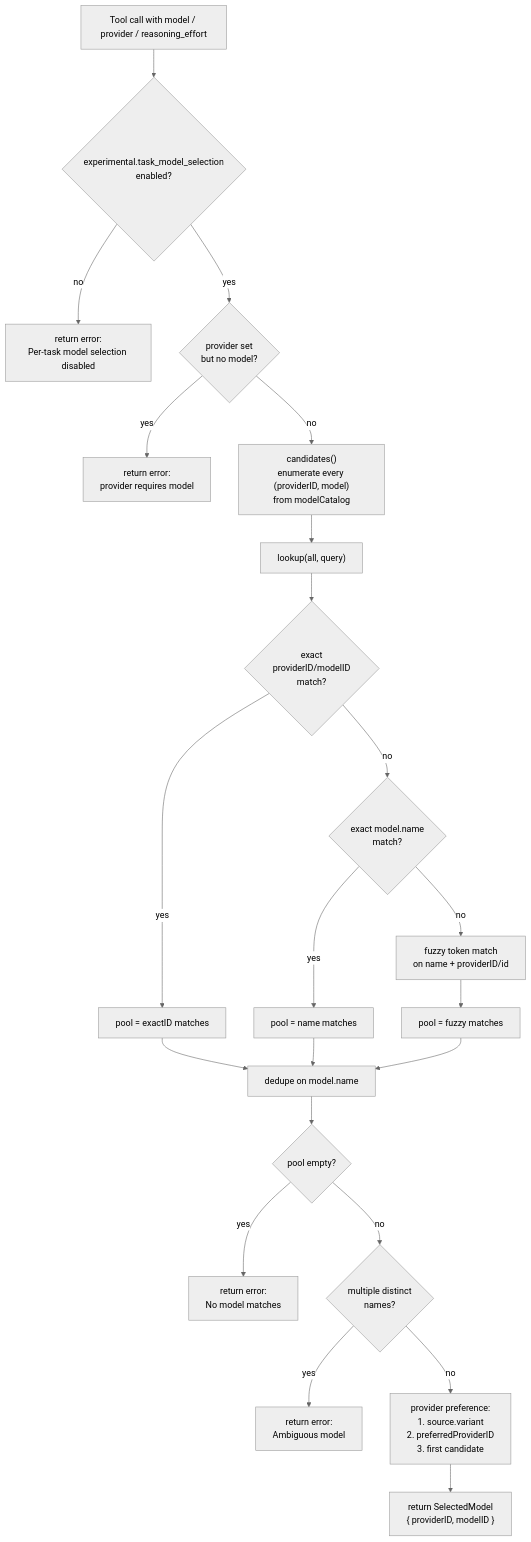
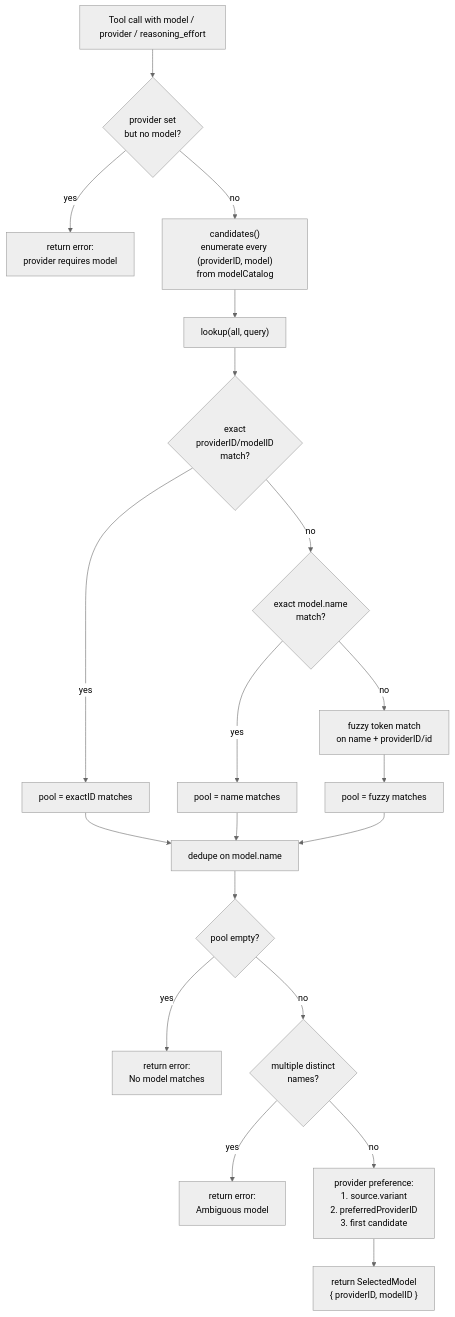
Before and after one commit to ausardcompany/alexi: diagram 42 of 52 in docs/ARCHITECTURE.md, drawn with Mermaid (neutral theme). The commit also changed other lines of this file and 5 other files, not shown here.

````diff
--- a/docs/ARCHITECTURE.md
+++ b/docs/ARCHITECTURE.md
@@ -4063,24 +4216,22 @@
 ```mermaid
 flowchart TD
-    Start["Tool call with model / provider / reasoning_effort"] --> Gate{"experimental.task_model_selection<br/>enabled?"}
-    Gate -->|no| Reject["return error:<br/>Per-task model selection disabled"]
-    Gate -->|yes| ProviderCheck{"provider set<br/>but no model?"}
+    Start["Tool call with model / provider / reasoning_effort"] --> ProviderCheck{"provider set<br/>but no model?"}
     ProviderCheck -->|yes| RejectProvider["return error:<br/>provider requires model"]
     ProviderCheck -->|no| Candidates["candidates()<br/>enumerate every (providerID, model)<br/>from modelCatalog"]
     Candidates --> Lookup["lookup(all, query)"]
     Lookup --> ExactID{"exact<br/>providerID/modelID<br/>match?"}
     ExactID -->|yes| Pool["pool = exactID matches"]
     ExactID -->|no| ExactName{"exact model.name<br/>match?"}
     ExactName -->|yes| Pool2["pool = name matches"]
     ExactName -->|no| Fuzzy["fuzzy token match<br/>on name + providerID/id"]
     Fuzzy --> Pool3["pool = fuzzy matches"]
     Pool --> Names
     Pool2 --> Names
     Pool3 --> Names
     Names["dedupe on model.name"] --> Empty{"pool empty?"}
     Empty -->|yes| NoMatch["return error:<br/>No model matches"]
     Empty -->|no| Ambig{"multiple distinct<br/>names?"}
     Ambig -->|yes| Ambiguous["return error:<br/>Ambiguous model"]
     Ambig -->|no| Prefer["provider preference:<br/>1. source.variant<br/>2. preferredProviderID<br/>3. first candidate"]
     Prefer --> Success["return SelectedModel<br/>{ providerID, modelID }"]
 ```
````
